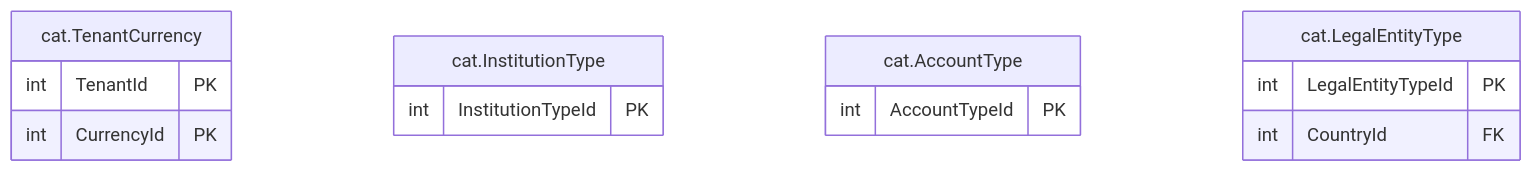
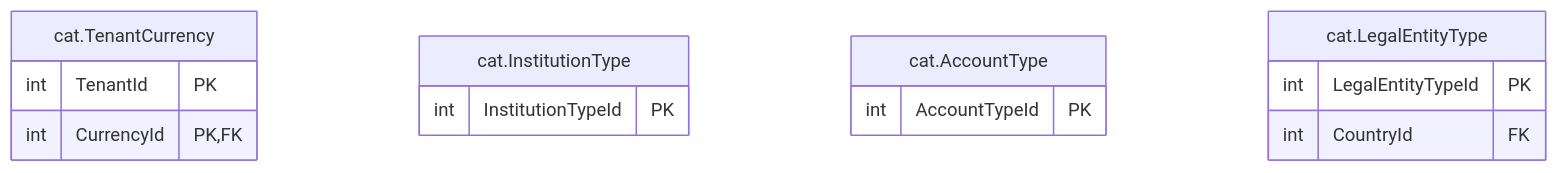
The diagram in treasury-platform/docs/diagrams/erd/m4_reference_1.mmd (thawrasy/smartlines), drawn with Mermaid before and after one commit. The commit also changed 139 other files, not shown here.

```diff
--- a/treasury-platform/docs/diagrams/erd/m4_reference_1.mmd
+++ b/treasury-platform/docs/diagrams/erd/m4_reference_1.mmd
@@ -1,16 +1,16 @@
 %% م4 · الكتالوجات المرجعية (1/2) — Reference catalogues
 erDiagram
   cat_TenantCurrency["cat.TenantCurrency"] {
     int TenantId PK
-    int CurrencyId PK
+    int CurrencyId PK, FK
   }
   cat_InstitutionType["cat.InstitutionType"] {
     int InstitutionTypeId PK
   }
   cat_AccountType["cat.AccountType"] {
     int AccountTypeId PK
   }
   cat_LegalEntityType["cat.LegalEntityType"] {
     int LegalEntityTypeId PK
     int CountryId FK
   }
```
